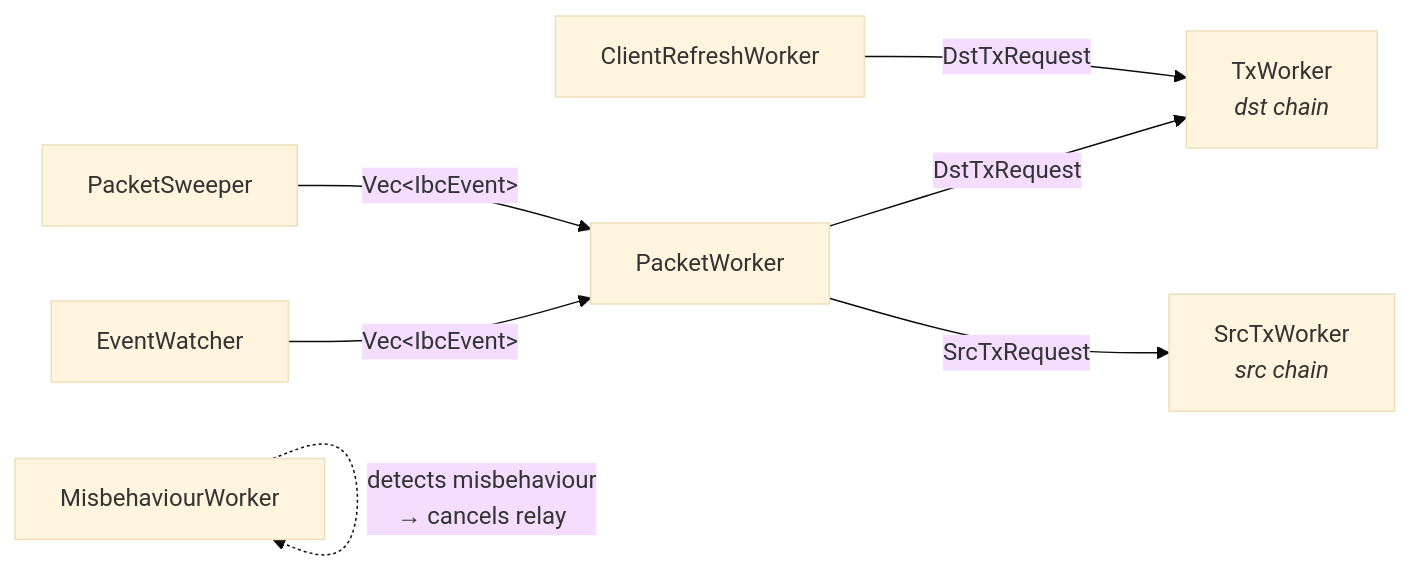
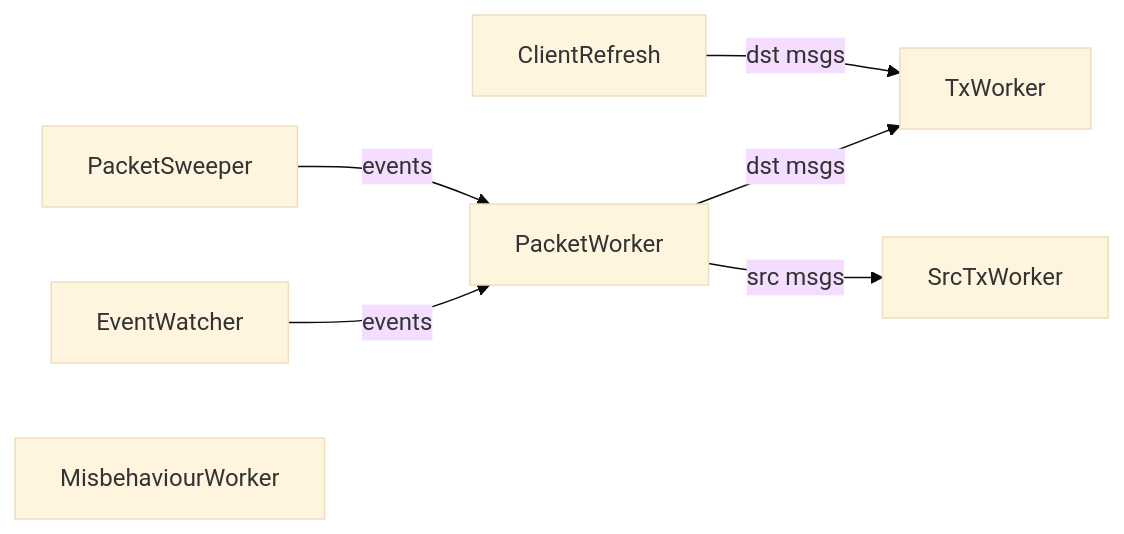
One commit to vaporif/mercury changed the second of 2 diagrams in docs/architecture.md. Above: the diagram before and after it, drawn with Mermaid (base theme). The commit also changed other lines of this file, not shown here.

````diff
--- a/docs/architecture.md
+++ b/docs/architecture.md
@@ -279,17 +107,9 @@
 ```mermaid
 graph LR
-    EW[EventWatcher]
-    CW[PacketSweeper]
-    PW[PacketWorker]
-    TW[TxWorker<br/><i>dst chain</i>]
-    STW[SrcTxWorker<br/><i>src chain</i>]
-    CRW[ClientRefreshWorker]
+    EW[EventWatcher] -- events --> PW[PacketWorker]
+    SW[PacketSweeper] -- events --> PW
+    PW -- dst msgs --> TW[TxWorker]
+    PW -- src msgs --> STW[SrcTxWorker]
+    CRW[ClientRefresh] -- dst msgs --> TW
     MW[MisbehaviourWorker]
-
-    EW -- "Vec&lt;IbcEvent&gt;" --> PW
-    CW -- "Vec&lt;IbcEvent&gt;" --> PW
-    PW -- DstTxRequest --> TW
-    PW -- SrcTxRequest --> STW
-    CRW -- DstTxRequest --> TW
-    MW -. "detects misbehaviour<br/>→ cancels relay" .-> MW
 ```
````
